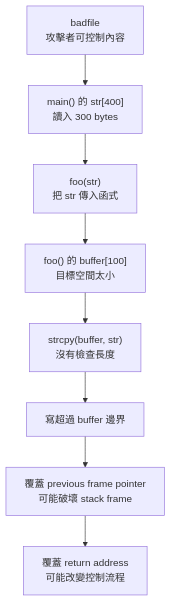
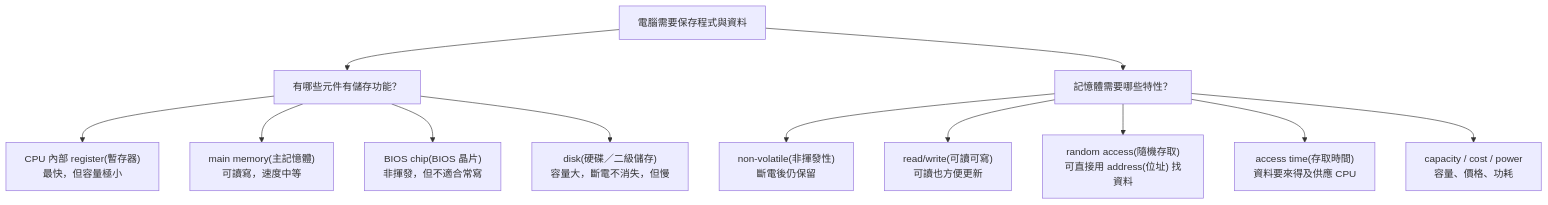
The first of 4 diagrams in docs/md/114-2/科技_計算機結構/ch 5.md (peicd100/university-notes), drawn with Mermaid before and after one commit. The commit also changed other lines of this file and 10 other files, not shown here.

````diff
--- a/docs/md/114-2/科技_計算機結構/ch 5.md
+++ b/docs/md/114-2/科技_計算機結構/ch 5.md
@@ -211,10 +105,15 @@
 ```mermaid
 flowchart TD
-    A["badfile<br>攻擊者可控制內容"] --> B["main() 的 str[400]<br>讀入 300 bytes"]
-    B --> C["foo(str)<br>把 str 傳入函式"]
-    C --> D["foo() 的 buffer[100]<br>目標空間太小"]
-    D --> E["strcpy(buffer, str)<br>沒有檢查長度"]
-    E --> F["寫超過 buffer 邊界"]
-    F --> G["覆蓋 previous frame pointer<br>可能破壞 stack frame"]
-    G --> H["覆蓋 return address<br>可能改變控制流程"]
+    A["電腦需要保存程式與資料"] --> B["有哪些元件有儲存功能？"]
+    B --> C["CPU 內部 register(暫存器)<br>最快，但容量極小"]
+    B --> D["main memory(主記憶體)<br>可讀寫，速度中等"]
+    B --> E["BIOS chip(BIOS 晶片)<br>非揮發，但不適合常寫"]
+    B --> F["disk(硬碟／二級儲存)<br>容量大，斷電不消失，但慢"]
+
+    A --> G["記憶體需要哪些特性？"]
+    G --> H["non-volatile(非揮發性)<br>斷電後仍保留"]
+    G --> I["read/write(可讀可寫)<br>可讀也方便更新"]
+    G --> J["random access(隨機存取)<br>可直接用 address(位址) 找資料"]
+    G --> K["access time(存取時間)<br>資料要來得及供應 CPU"]
+    G --> L["capacity / cost / power<br>容量、價格、功耗"]
 ```
````
